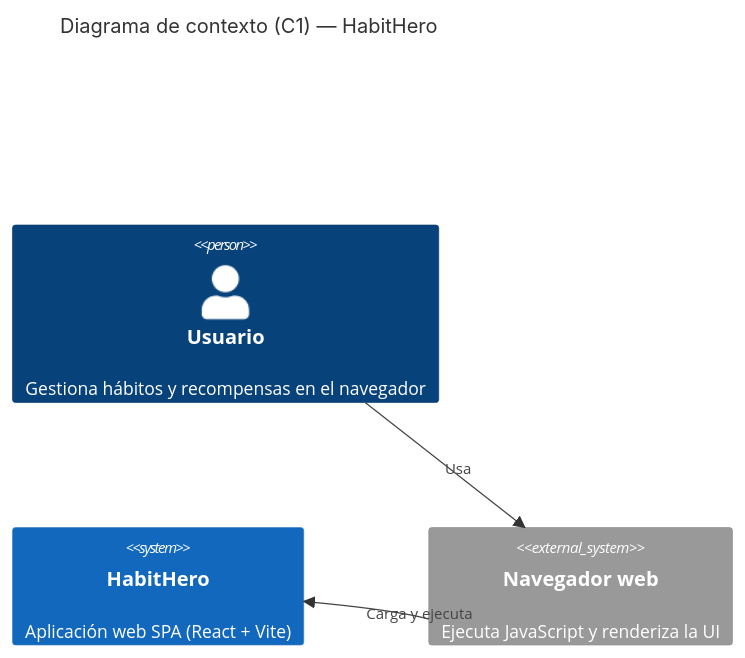
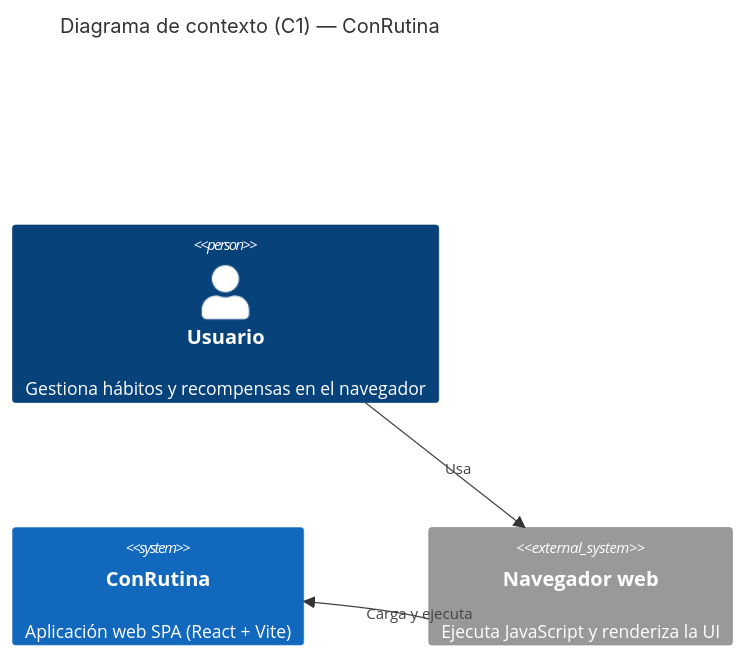
One commit to isaacmvimv/AI4Devs-finalproject-IMV changed the second of 5 diagrams in docs/infrastructure.md. Above: the diagram before and after it, drawn with Mermaid. The commit also changed other lines of this file and 125 other files, not shown here.

````diff
--- a/docs/infrastructure.md
+++ b/docs/infrastructure.md
@@ -250,11 +257,11 @@
 ```mermaid
 C4Context
-    title Diagrama de contexto (C1) — HabitHero
+    title Diagrama de contexto (C1) — ConRutina
 
     Person(usuario, "Usuario", "Gestiona hábitos y recompensas en el navegador")
-    System(habithero, "HabitHero", "Aplicación web SPA (React + Vite)")
+    System(ConRutina, "ConRutina", "Aplicación web SPA (React + Vite)")
     System_Ext(browser, "Navegador web", "Ejecuta JavaScript y renderiza la UI")
 
     Rel(usuario, browser, "Usa")
-    Rel(browser, habithero, "Carga y ejecuta")
+    Rel(browser, ConRutina, "Carga y ejecuta")
 ```
````
